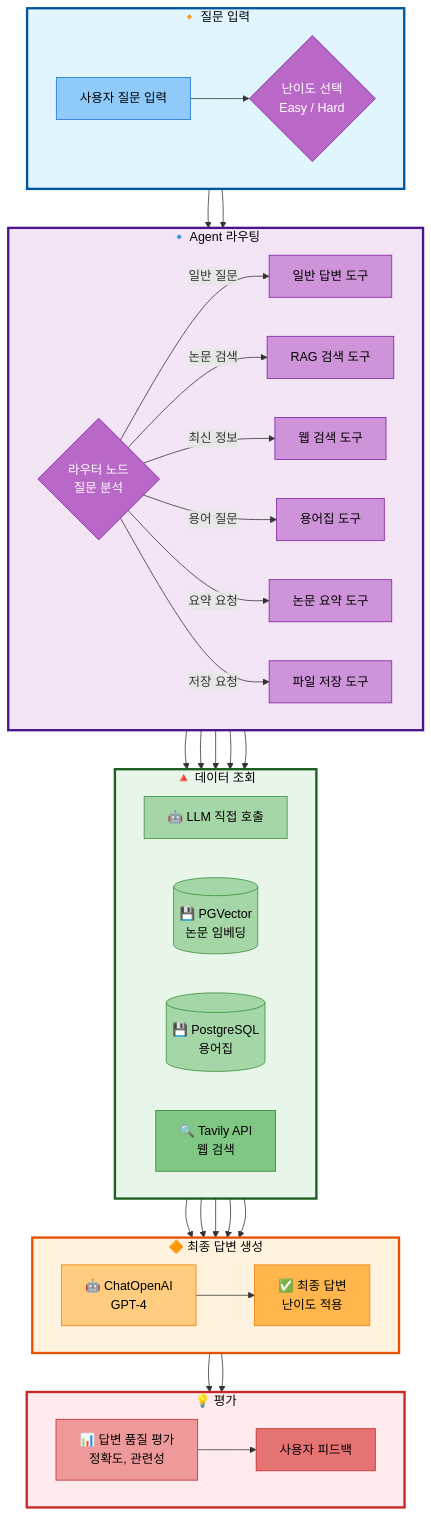
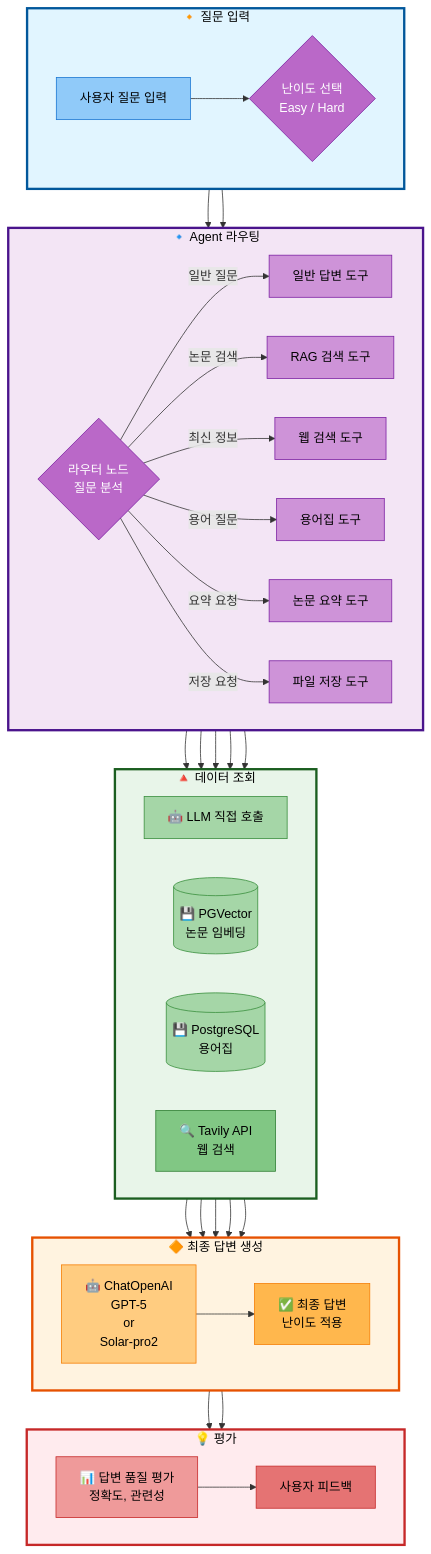
The second of 2 diagrams in docs/PRD/02_프로젝트_구조.md (woghd8503/langchainproject-new-langchainproject_5), drawn with Mermaid before and after one commit.

Commit message:
docs: 프로젝트 구조 문서의 LLM 모델 정보 업데이트
- GPT-4에서 GPT-5 또는 Solar-pro2로 모델명 변경
- 최종 답변 생성 다이어그램 업데이트

````diff
--- a/docs/PRD/02_프로젝트_구조.md
+++ b/docs/PRD/02_프로젝트_구조.md
@@ -385,81 +385,81 @@
 ```mermaid
 graph TB
     subgraph Input["🔸 질문 입력"]
         direction LR
         User[사용자 질문 입력] --> Difficulty{난이도 선택<br/>Easy / Hard}
     end
 
     subgraph AgentProcessing["🔹 Agent 라우팅"]
         direction LR
         Difficulty --> Router{라우터 노드<br/>질문 분석}
         Router -->|일반 질문| GeneralTool[일반 답변 도구]
         Router -->|논문 검색| RAGTool[RAG 검색 도구]
         Router -->|최신 정보| WebTool[웹 검색 도구]
         Router -->|용어 질문| GlossaryTool[용어집 도구]
         Router -->|요약 요청| SummarizeTool[논문 요약 도구]
         Router -->|저장 요청| SaveTool[파일 저장 도구]
     end
 
     subgraph DataRetrieval["🔺 데이터 조회"]
         direction LR
         GeneralTool --> LLMDirect[🤖 LLM 직접 호출]
         RAGTool --> VectorDB[(💾 PGVector<br/>논문 임베딩)]
         GlossaryTool --> PostgreSQL[(💾 PostgreSQL<br/>용어집)]
         WebTool --> TavilyAPI[🔍 Tavily API<br/>웹 검색]
     end
 
     subgraph ResponseGen["🔶 최종 답변 생성"]
         direction LR
-        LLMDirect --> LLM[🤖 ChatOpenAI<br/>GPT-4]
+        LLMDirect --> LLM["🤖 ChatOpenAI<br>GPT-5<br>or<br>Solar-pro2"]
         VectorDB --> LLM
         PostgreSQL --> LLM
         TavilyAPI --> LLM
         LLM --> Answer[✅ 최종 답변<br/>난이도 적용]
     end
 
     subgraph Evaluation["💡 평가"]
         direction LR
         Answer --> Eval[📊 답변 품질 평가<br/>정확도, 관련성]
         Eval --> UserFeedback[사용자 피드백]
     end
 
     %% 단계 간 연결
     Input --> AgentProcessing
     AgentProcessing --> DataRetrieval
     DataRetrieval --> ResponseGen
     ResponseGen --> Evaluation
 
     %% Subgraph 스타일
     style Input fill:#e1f5ff,stroke:#01579b,stroke-width:3px,color:#000
     style AgentProcessing fill:#f3e5f5,stroke:#4a148c,stroke-width:3px,color:#000
     style DataRetrieval fill:#e8f5e9,stroke:#1b5e20,stroke-width:3px,color:#000
     style ResponseGen fill:#fff3e0,stroke:#e65100,stroke-width:3px,color:#000
     style Evaluation fill:#ffebee,stroke:#c62828,stroke-width:3px,color:#000
 
     %% 노드 스타일 (입력 - 파랑 계열)
     style User fill:#90caf9,stroke:#1976d2,color:#000
     style Difficulty fill:#ba68c8,stroke:#7b1fa2,color:#fff
 
     %% 노드 스타일 (Agent - 보라 계열)
     style Router fill:#ba68c8,stroke:#7b1fa2,color:#fff
     style GeneralTool fill:#ce93d8,stroke:#7b1fa2,color:#000
     style RAGTool fill:#ce93d8,stroke:#7b1fa2,color:#000
     style WebTool fill:#ce93d8,stroke:#7b1fa2,color:#000
     style GlossaryTool fill:#ce93d8,stroke:#7b1fa2,color:#000
     style SummarizeTool fill:#ce93d8,stroke:#7b1fa2,color:#000
     style SaveTool fill:#ce93d8,stroke:#7b1fa2,color:#000
 
     %% 노드 스타일 (데이터 조회 - 녹색 계열)
     style LLMDirect fill:#a5d6a7,stroke:#388e3c,color:#000
     style VectorDB fill:#a5d6a7,stroke:#388e3c,color:#000
     style PostgreSQL fill:#a5d6a7,stroke:#388e3c,color:#000
     style TavilyAPI fill:#81c784,stroke:#2e7d32,color:#000
 
     %% 노드 스타일 (답변 생성 - 주황 계열)
     style LLM fill:#ffcc80,stroke:#f57c00,color:#000
     style Answer fill:#ffb74d,stroke:#f57c00,color:#000
 
     %% 노드 스타일 (평가 - 빨강 계열)
     style Eval fill:#ef9a9a,stroke:#c62828,color:#000
     style UserFeedback fill:#e57373,stroke:#c62828,color:#000
 ```
````
